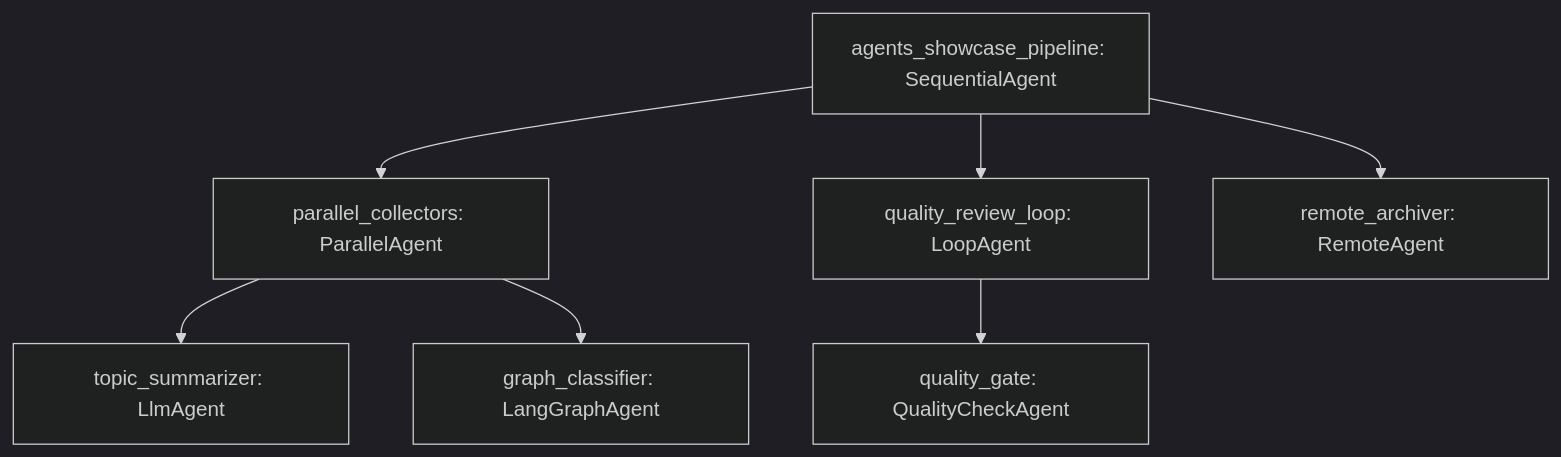
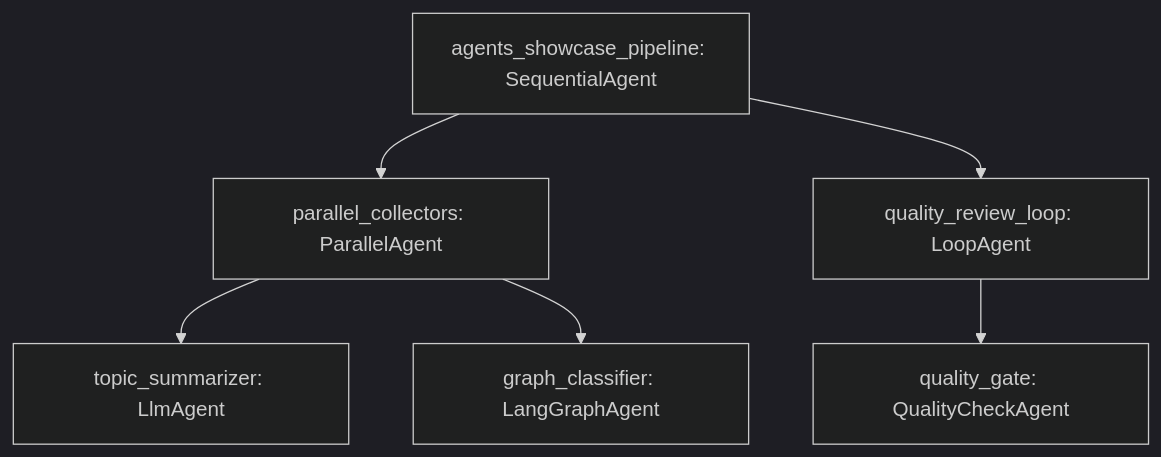
The diagram in samples/agents/README.md (google/adk-js), drawn with Mermaid (dark theme) before and after one commit. The commit also changed other lines of this file and 6 other files, not shown here.

````diff
--- a/samples/agents/README.md
+++ b/samples/agents/README.md
@@ -23,9 +22,8 @@
 ```mermaid
 graph TD
     Root[agents_showcase_pipeline: SequentialAgent] --> Parallel[parallel_collectors: ParallelAgent]
     Parallel --> Summarizer[topic_summarizer: LlmAgent]
     Parallel --> Classifier[graph_classifier: LangGraphAgent]
     Root --> Loop[quality_review_loop: LoopAgent]
     Loop --> Gate[quality_gate: QualityCheckAgent]
-    Root --> Remote[remote_archiver: RemoteAgent]
 ```
````
